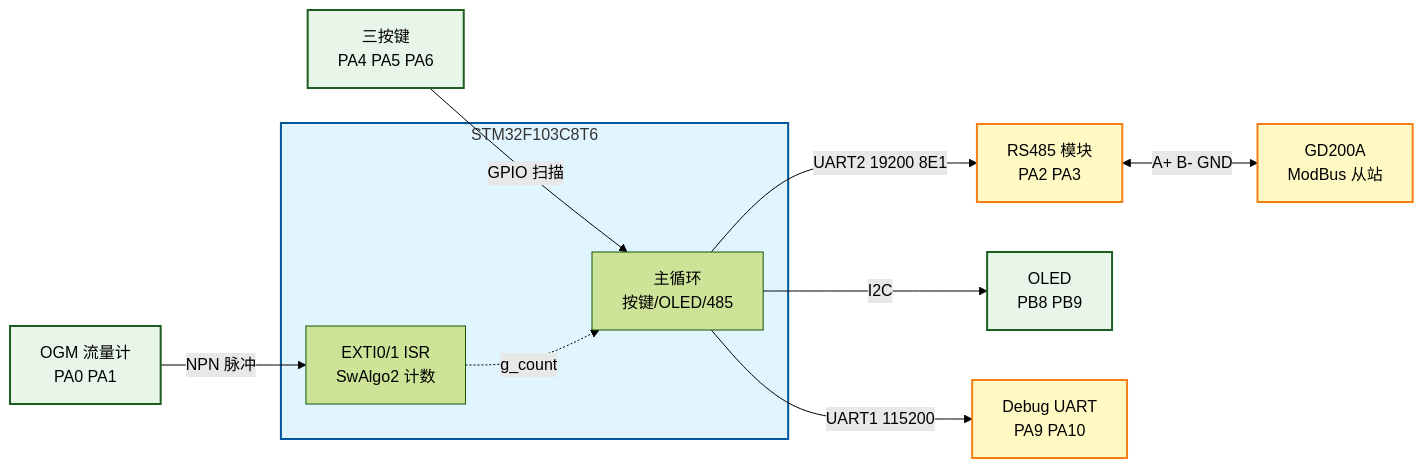
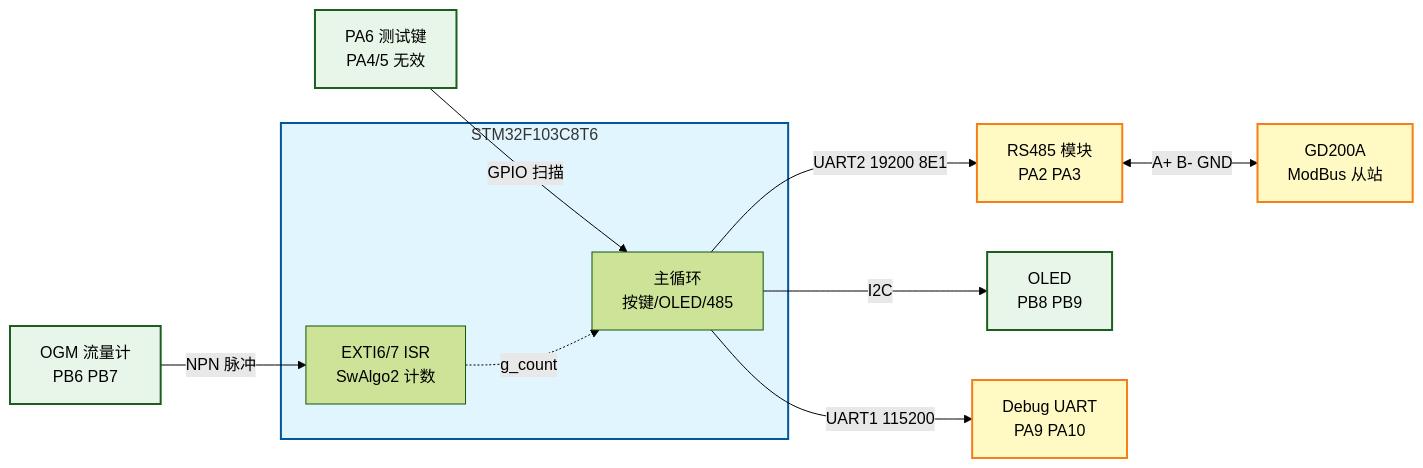
Before and after one commit to mdbsliguo/stm32_template_SPL: the third of 6 diagrams in Examples/NPN/NPN04_Preset_Pump_SwAlgo2/README.md, drawn with Mermaid (forest theme). The commit also changed other lines of this file and 6 other files, not shown here.

````diff
--- a/Examples/NPN/NPN04_Preset_Pump_SwAlgo2/README.md
+++ b/Examples/NPN/NPN04_Preset_Pump_SwAlgo2/README.md
@@ -340,31 +370,31 @@
 ```mermaid
 %%{init: {'flowchart': {'curve': 'basis'}}}%%
 flowchart LR
     subgraph MCU[STM32F103C8T6]
         APP[主循环<br/>按键/OLED/485]
-        EXTI_ISR[EXTI0/1 ISR<br/>SwAlgo2 计数]
+        EXTI_ISR[EXTI6/7 ISR<br/>SwAlgo2 计数]
     end
 
-    OGM[OGM 流量计<br/>PA0 PA1]
-    BTN[三按键<br/>PA4 PA5 PA6]
+    OGM[OGM 流量计<br/>PB6 PB7]
+    BTN[PA6 测试键<br/>PA4/5 无效]
     RS485[RS485 模块<br/>PA2 PA3]
     INVT[GD200A<br/>ModBus 从站]
     OLED[OLED<br/>PB8 PB9]
     DBG[Debug UART<br/>PA9 PA10]
 
     OGM -->|NPN 脉冲| EXTI_ISR
     BTN -->|GPIO 扫描| APP
     APP -->|UART2 19200 8E1| RS485
     RS485 <-->|A+ B- GND| INVT
     APP -->|I2C| OLED
     APP -->|UART1 115200| DBG
     EXTI_ISR -.->|g_count| APP
 
     classDef mcu fill:#e1f5ff,stroke:#01579b,stroke-width:2px
     classDef dev fill:#e8f5e9,stroke:#1b5e20,stroke-width:2px
     classDef comm fill:#fff9c4,stroke:#f57f17,stroke-width:2px
 
     class MCU mcu
     class OGM,BTN,OLED dev
     class RS485,INVT,DBG comm
 ```
````
